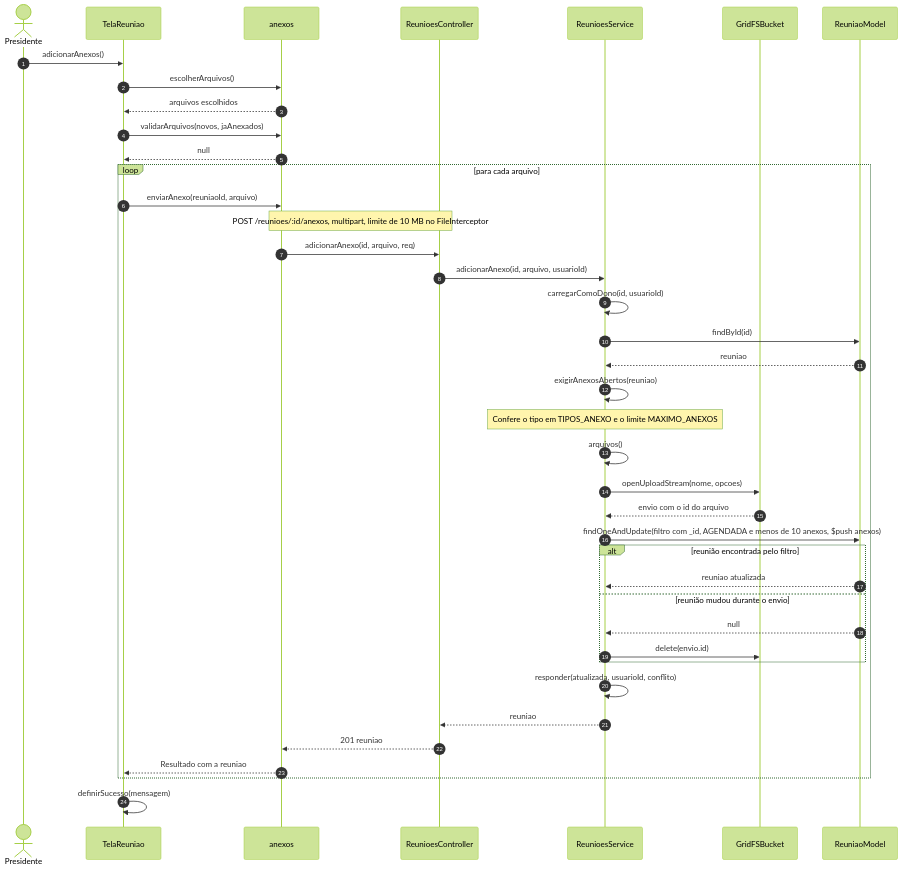
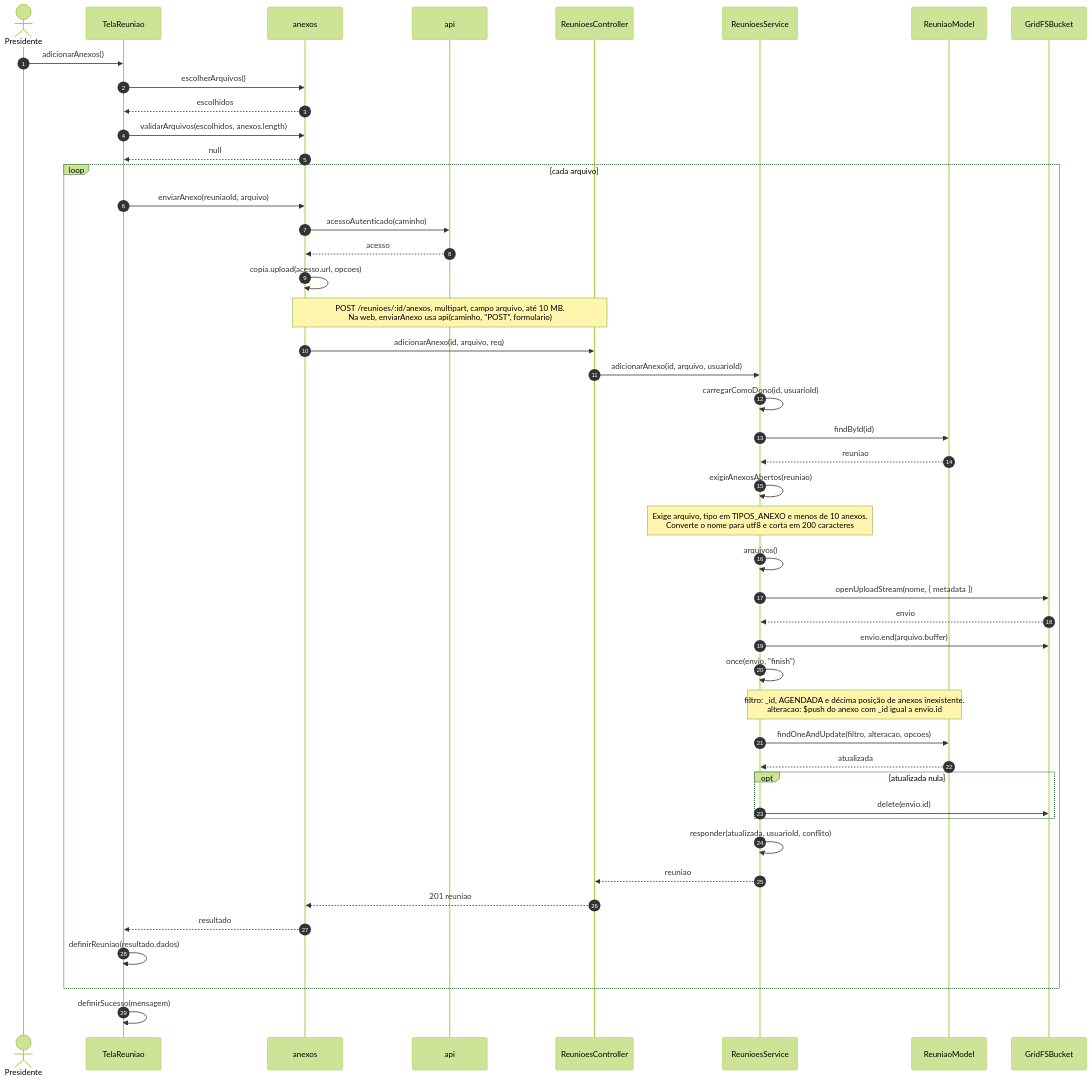
One commit to Conecta-IFSP/DOCUMENTATION changed diagram 12 of 20 in 3 - Incremento2/reunioes/6 - diagramas-sequencia-reunioes.md. Above: the diagram before and after it, drawn with Mermaid (forest theme). The commit also changed other lines of this file and 10 other files, not shown here.

````diff
--- a/3 - Incremento2/reunioes/6 - diagramas-sequencia-reunioes.md
+++ b/3 - Incremento2/reunioes/6 - diagramas-sequencia-reunioes.md
@@ -390,42 +492,48 @@
 ```mermaid
 sequenceDiagram
     autonumber
     actor U as Presidente
     participant T as TelaReuniao
     participant X as anexos
+    participant A as api
     participant C as ReunioesController
     participant S as ReunioesService
+    participant M as ReuniaoModel
     participant G as GridFSBucket
-    participant M as ReuniaoModel
     U->>T: adicionarAnexos()
     T->>X: escolherArquivos()
-    X-->>T: arquivos escolhidos
-    T->>X: validarArquivos(novos, jaAnexados)
+    X-->>T: escolhidos
+    T->>X: validarArquivos(escolhidos, anexos.length)
     X-->>T: null
-    loop para cada arquivo
+    loop cada arquivo
         T->>X: enviarAnexo(reuniaoId, arquivo)
-        Note over X,C: POST /reunioes/:id/anexos, multipart, limite de 10 MB no FileInterceptor
+        X->>A: acessoAutenticado(caminho)
+        A-->>X: acesso
+        X->>X: copia.upload(acesso.url, opcoes)
+        Note over X,C: POST /reunioes/:id/anexos, multipart, campo arquivo, até 10 MB.<br/>Na web, enviarAnexo usa api(caminho, "POST", formulario)
         X->>C: adicionarAnexo(id, arquivo, req)
         C->>S: adicionarAnexo(id, arquivo, usuarioId)
         S->>S: carregarComoDono(id, usuarioId)
         S->>M: findById(id)
         M-->>S: reuniao
         S->>S: exigirAnexosAbertos(reuniao)
-        Note over S: Confere o tipo em TIPOS_ANEXO e o limite MAXIMO_ANEXOS
+        Note over S: Exige arquivo, tipo em TIPOS_ANEXO e menos de 10 anexos.<br/>Converte o nome para utf8 e corta em 200 caracteres
         S->>S: arquivos()
-        S->>G: openUploadStream(nome, opcoes)
-        G-->>S: envio com o id do arquivo
-        S->>M: findOneAndUpdate(filtro com _id, AGENDADA e menos de 10 anexos, $push anexos)
-        alt reunião encontrada pelo filtro
-            M-->>S: reuniao atualizada
-        else reunião mudou durante o envio
-            M-->>S: null
+        S->>G: openUploadStream(nome, { metadata })
+        G-->>S: envio
+        S->>G: envio.end(arquivo.buffer)
+        S->>S: once(envio, "finish")
+        Note over S,M: filtro: _id, AGENDADA e décima posição de anexos inexistente.<br/>alteracao: $push do anexo com _id igual a envio.id
+        S->>M: findOneAndUpdate(filtro, alteracao, opcoes)
+        M-->>S: atualizada
+        opt atualizada nula
             S->>G: delete(envio.id)
         end
         S->>S: responder(atualizada, usuarioId, conflito)
         S-->>C: reuniao
         C-->>X: 201 reuniao
-        X-->>T: Resultado com a reuniao
+        X-->>T: resultado
+        T->>T: definirReuniao(resultado.dados)
     end
     T->>T: definirSucesso(mensagem)
 ```
````
